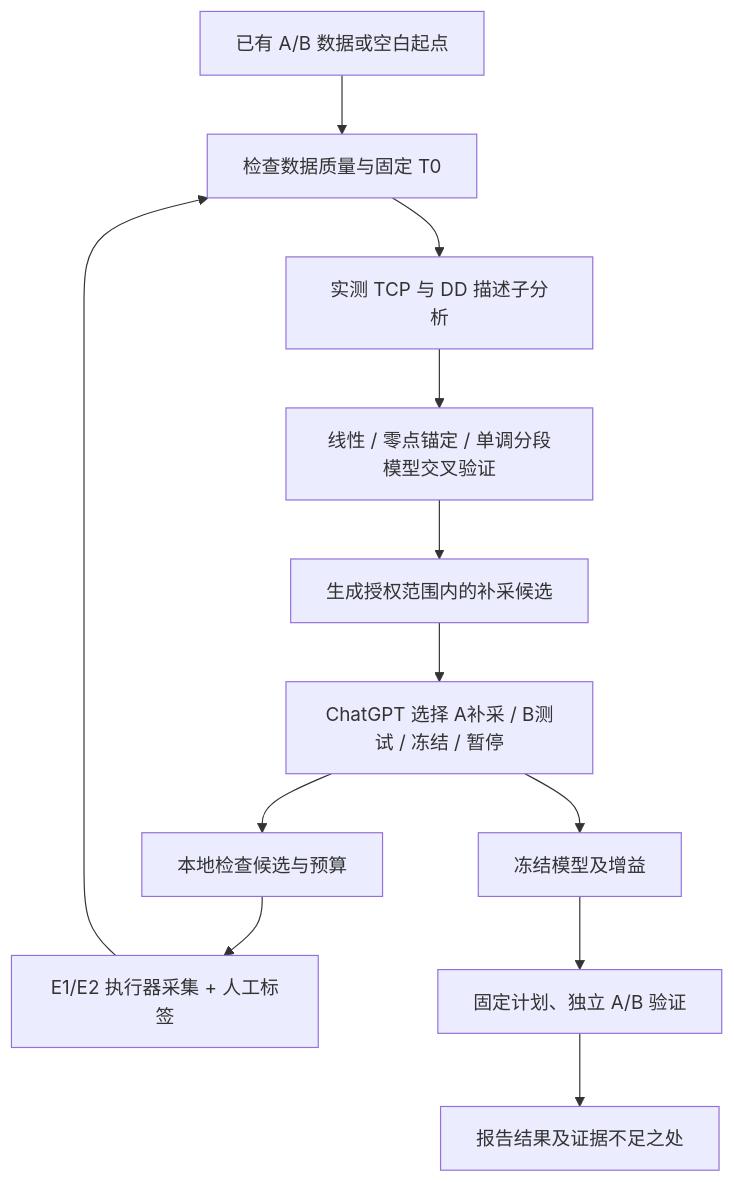
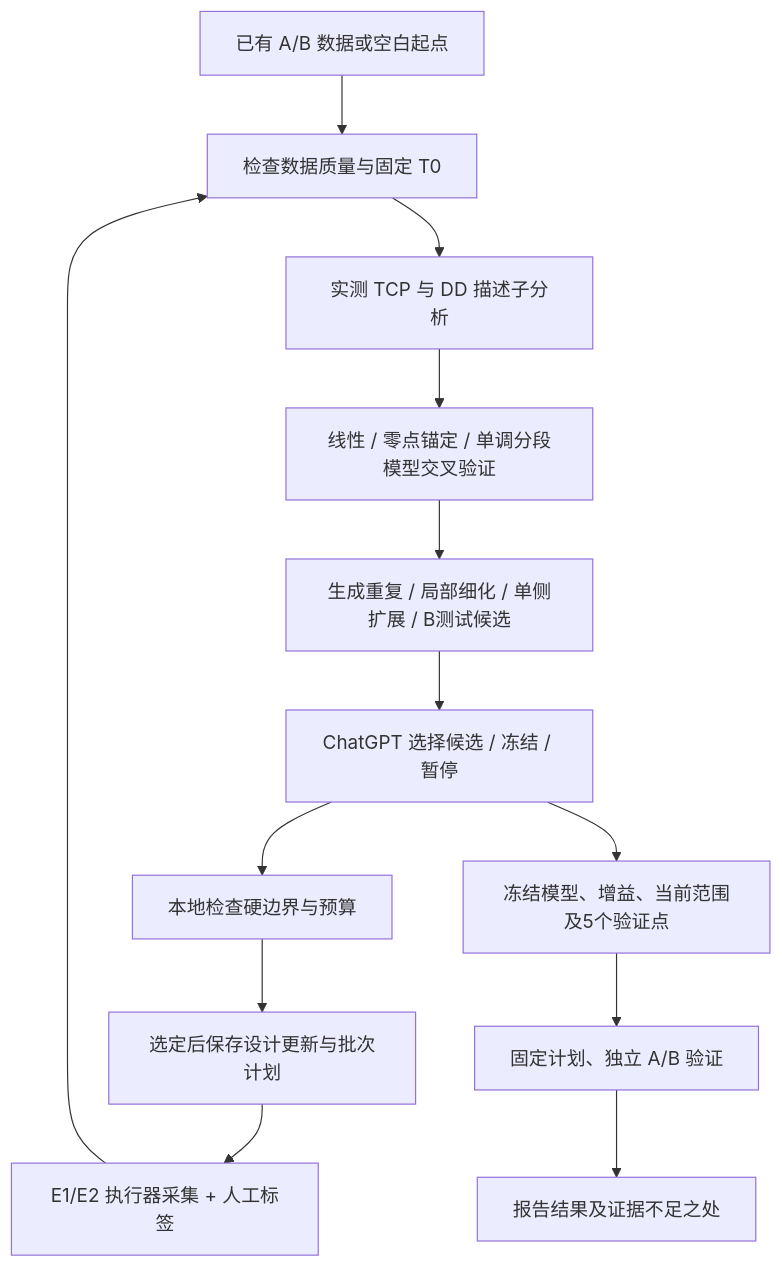
The diagram in AGENTIC_GUIDE_zh.md (wangfb13/agentic_data_collection), drawn with Mermaid before and after one commit. The commit also changed other lines of this file and 8 other files, not shown here.

````diff
--- a/AGENTIC_GUIDE_zh.md
+++ b/AGENTIC_GUIDE_zh.md
@@ -119,14 +133,15 @@
 ```mermaid
 flowchart TD
   A[已有 A/B 数据或空白起点] --> B[检查数据质量与固定 T0]
   B --> C[实测 TCP 与 DD 描述子分析]
   C --> D[线性 / 零点锚定 / 单调分段模型交叉验证]
-  D --> E[生成授权范围内的补采候选]
-  E --> F[ChatGPT 选择 A补采 / B测试 / 冻结 / 暂停]
-  F --> G[本地检查候选与预算]
-  G --> H[E1/E2 执行器采集 + 人工标签]
+  D --> E[生成重复 / 局部细化 / 单侧扩展 / B测试候选]
+  E --> F[ChatGPT 选择候选 / 冻结 / 暂停]
+  F --> G[本地检查硬边界与预算]
+  G --> L[选定后保存设计更新与批次计划]
+  L --> H[E1/E2 执行器采集 + 人工标签]
   H --> B
-  F --> I[冻结模型及增益]
+  F --> I[冻结模型、增益、当前范围及5个验证点]
   I --> J[固定计划、独立 A/B 验证]
   J --> K[报告结果及证据不足之处]
 ```
````
